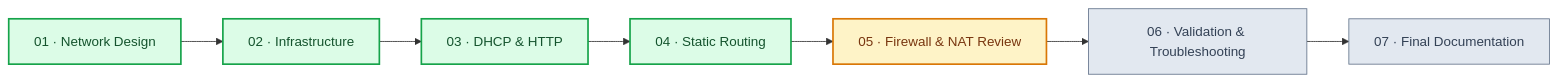
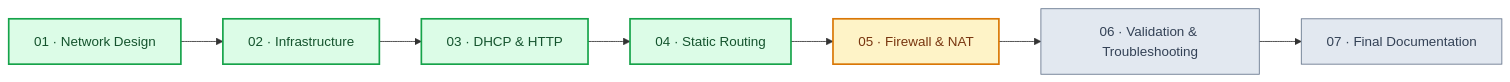
One commit to DrBham/Small-Office-Multi-Site-Network-Deployment changed the diagram in README.md. Above: the diagram before and after it, drawn with Mermaid. The commit also changed other lines of this file, not shown here.

````diff
--- a/README.md
+++ b/README.md
@@ -81,15 +82,15 @@
 ```mermaid
 flowchart LR
     P1["01 · Network Design"] --> P2["02 · Infrastructure"]
     P2 --> P3["03 · DHCP & HTTP"]
     P3 --> P4["04 · Static Routing"]
-    P4 --> P5["05 · Firewall & NAT Review"]
+    P4 --> P5["05 · Firewall & NAT"]
     P5 --> P6["06 · Validation & Troubleshooting"]
     P6 --> P7["07 · Final Documentation"]
     classDef complete fill:#dcfce7,stroke:#16a34a,color:#14532d,stroke-width:2px;
     classDef pending fill:#fef3c7,stroke:#d97706,color:#78350f,stroke-width:2px;
     classDef planned fill:#e2e8f0,stroke:#64748b,color:#334155;
     class P1,P2,P3,P4 complete;
     class P5 pending;
     class P6,P7 planned;
 ```
````
